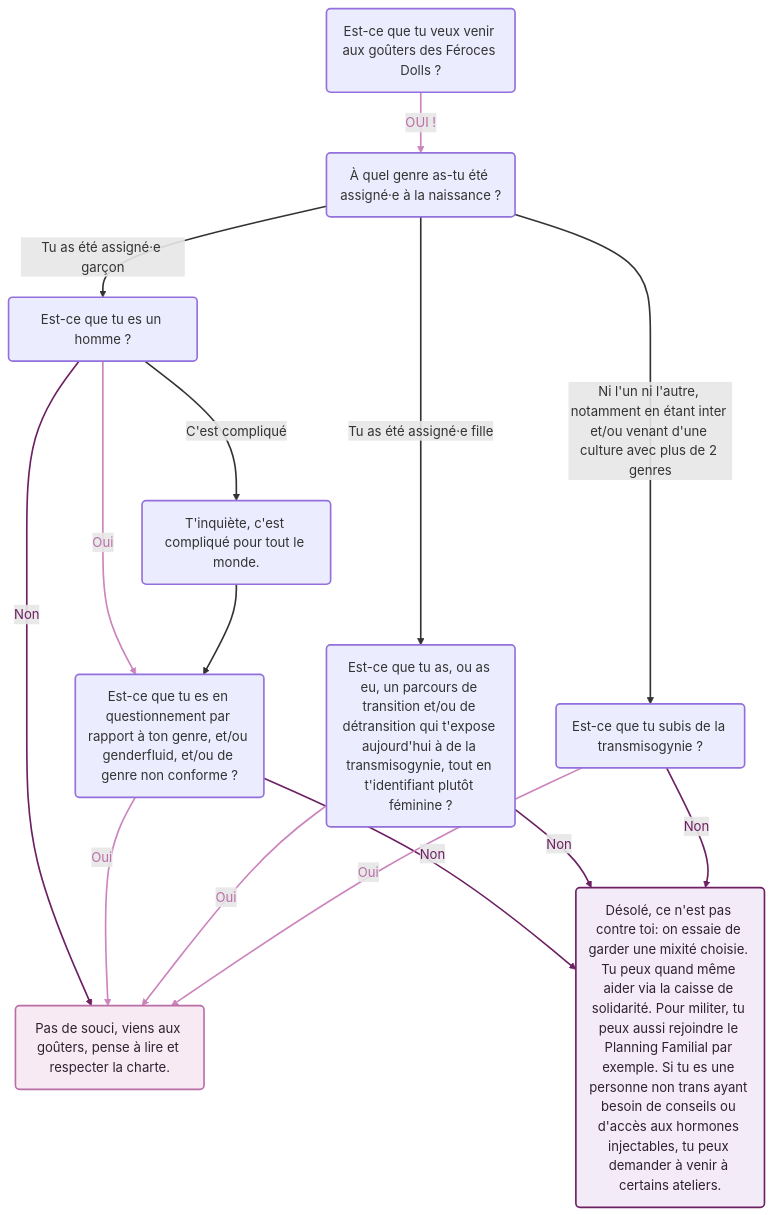
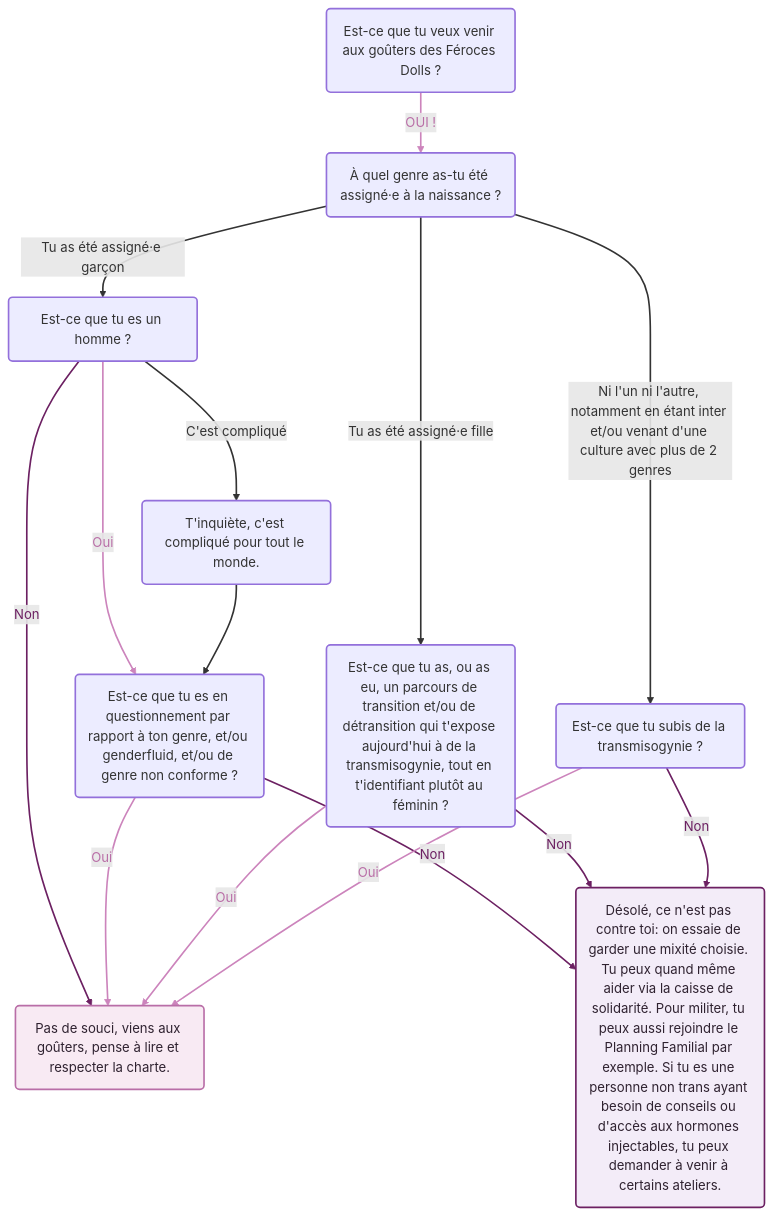
The diagram in content/blog/venir-aux-gouters-feroces-dolls.md (cremeSalade/feroces-dolls), drawn with Mermaid before and after one commit. The commit also changed other lines of this file and 102 other files, not shown here.

````diff
--- a/content/blog/venir-aux-gouters-feroces-dolls.md
+++ b/content/blog/venir-aux-gouters-feroces-dolls.md
@@ -15,32 +17,32 @@
 ```mermaid
 flowchart TD
     A0(Est-ce que tu veux venir aux goûters des Féroces Dolls ?) -->|OUI !| A
     A(À quel genre as-tu été assigné·e à la naissance ?) -->|Tu as été assigné·e garçon| B(Est-ce que tu es un homme ?)
-    A -->|Tu as été assigné·e fille| C(Est-ce que tu as, ou as eu, un parcours de transition et/ou de détransition qui t'expose aujourd'hui à de la transmisogynie, tout en t'identifiant plutôt féminine ?)
+    A -->|Tu as été assigné·e fille| C(Est-ce que tu as, ou as eu, un parcours de transition et/ou de détransition qui t'expose aujourd'hui à de la transmisogynie, tout en t'identifiant plutôt au féminin ?)
     A -->|Ni l'un ni l'autre, notamment en étant inter et/ou venant d'une culture avec plus de 2 genres| D(Est-ce que tu subis de la transmisogynie ?)
     B -->|Non| E(Pas de souci, viens aux goûters, pense à lire et respecter la charte.)
     B -->|Oui| F(Est-ce que tu es en questionnement par rapport à ton genre, et/ou genderfluid, et/ou de genre non conforme ?)
     B -->|C'est compliqué| G(T'inquiète, c'est compliqué pour tout le monde.) --> F
     F -->|Oui| E
     F -->|Non| J(Désolé, ce n'est pas contre toi: on essaie de garder une mixité choisie. Tu peux quand même aider via la caisse de solidarité. Pour militer, tu peux aussi rejoindre le Planning Familial par exemple. Si tu es une personne non trans ayant besoin de conseils ou d'accès aux hormones injectables, tu peux demander à venir à certains ateliers.)
     C -->|Non| J
     C -->|Oui| E
     D -->|Oui| E
     D -->|Non| J
 
     %% Épaisseur uniforme des bords/nœuds
     classDef fdNode stroke-width:2px
     class A0,A,B,C,D,E,F,G,J fdNode
 
     %% Épaisseur uniforme des flèches
     linkStyle default stroke-width:2px
 
     %% Branches "Oui" en rose
     linkStyle 0,5,8,11,12 stroke:#CC84BC,stroke-width:2px,color:#B96EA7
     %% Branches "Non" en violet
     linkStyle 4,9,10,13 stroke:#6C2062,stroke-width:2px,color:#6C2062
 
     %% Cases finales
     style E fill:#F8EAF3,stroke:#B96EA7,stroke-width:2px,color:#2F2230
     style J fill:#F3ECF8,stroke:#6C2062,stroke-width:2px,color:#2F2230
 ```
````
